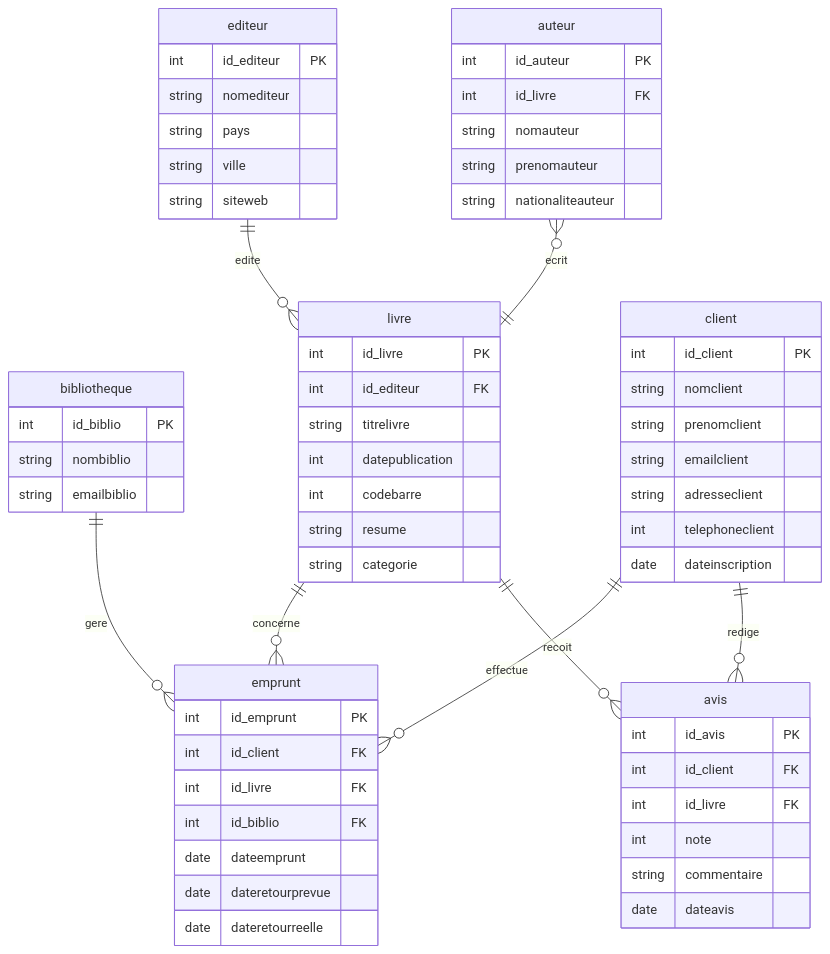
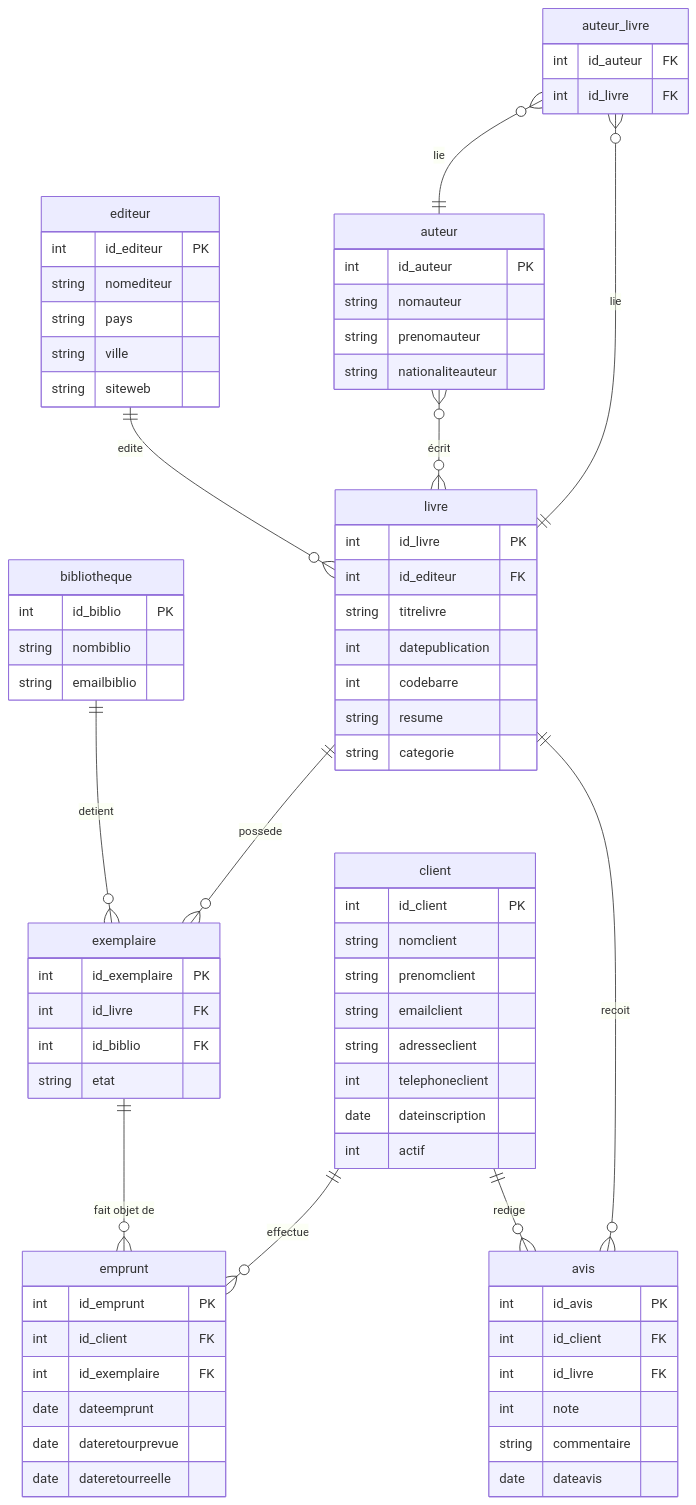
The diagram in schema.md (konankevine147/Projet-SQlite_KONAN_Lozo), drawn with Mermaid before and after one commit. The commit also changed 9 other files, not shown here.

````diff
--- a/schema.md
+++ b/schema.md
@@ -1,67 +1,77 @@
 ```mermaid
-
 erDiagram
     bibliotheque {
         int id_biblio PK
         string nombiblio
-        string emailbiblio
-    }
-    livre {
-        int id_livre PK
-        int id_editeur FK
-        string titrelivre
-        int datepublication
-        int codebarre
-        string resume
-        string categorie
+        string emailbiblio 
     }
     editeur {
         int id_editeur PK
         string nomediteur
         string pays
         string ville
         string siteweb
     }
+    livre {
+        int id_livre PK
+        int id_editeur FK
+        string titrelivre
+        int datepublication
+        int codebarre 
+        string resume
+        string categorie
+    }
     auteur {
         int id_auteur PK
-        int id_livre FK
         string nomauteur
         string prenomauteur
         string nationaliteauteur
+    }
+    auteur_livre {
+        int id_auteur FK
+        int id_livre FK
+    }
+    exemplaire {
+        int id_exemplaire PK
+        int id_livre FK
+        int id_biblio FK
+        string etat
     }
     client {
         int id_client PK
         string nomclient
         string prenomclient
         string emailclient
         string adresseclient
         int telephoneclient
         date dateinscription
+		int actif
     }
     emprunt {
         int id_emprunt PK
         int id_client FK
-        int id_livre FK
-        int id_biblio FK
+        int id_exemplaire FK
         date dateemprunt
         date dateretourprevue
         date dateretourreelle
     }
     avis {
         int id_avis PK
         int id_client FK
         int id_livre FK
         int note
         string commentaire
         date dateavis
     }
 
-    editeur ||--o{ livre : "edite"
-    auteur }o--|| livre : "ecrit"
-    client ||--o{ emprunt : "effectue"
-    livre ||--o{ emprunt : "concerne"
-    bibliotheque ||--o{ emprunt : "gere"
-    client ||--o{ avis : "redige"
-    livre ||--o{ avis : "recoit"
-
+    editeur      ||--o{ livre        : "edite"
+    auteur       }o--o{ livre        : "écrit"
+    auteur_livre }o--|| auteur        : "lie"
+    auteur_livre }o--|| livre         : "lie"
+    livre        ||--o{ exemplaire   : "possede"
+    bibliotheque ||--o{ exemplaire   : "detient"
+    exemplaire   ||--o{ emprunt      : "fait objet de"
+    client       ||--o{ emprunt      : "effectue"
+    client       ||--o{ avis         : "redige"
+    livre        ||--o{ avis         : "recoit"
 ```
````
